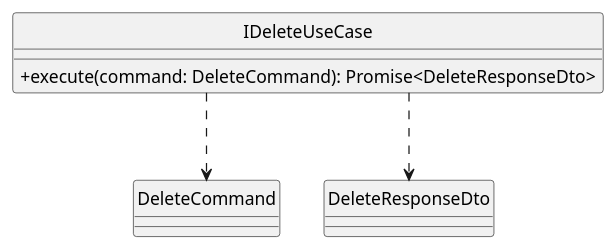
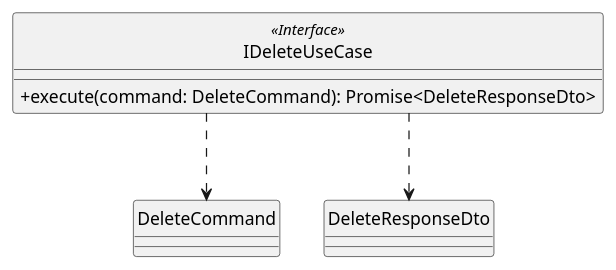
Before and after one commit to SkarabGroup/DocumentazioneProgetto: the diagram in assets/st_diagrams/code/plantuml/account/application/use-cases/delete.usecase.plantuml, drawn with PlantUML. The commit also changed 107 other files, not shown here.

Commit message:
Fixed all diagrams with interfaces

```diff
--- a/assets/st_diagrams/code/plantuml/account/application/use-cases/delete.usecase.plantuml
+++ b/assets/st_diagrams/code/plantuml/account/application/use-cases/delete.usecase.plantuml
@@ -1,18 +1,18 @@
 @startuml IDeleteUseCase
 
 skinparam componentStyle uml2.5
 skinparam linetype ortho
 skinparam nodesep auto
 skinparam ranksep 70
 skinparam ClassAttributeIconSize 0
 hide circles
 
-class IDeleteUseCase {
+class IDeleteUseCase <<Interface>> {
     + execute(command: DeleteCommand): Promise<DeleteResponseDto>
 }
 
 ' Relations
 IDeleteUseCase ..> DeleteCommand
 IDeleteUseCase ..> DeleteResponseDto
 
 @enduml
```
